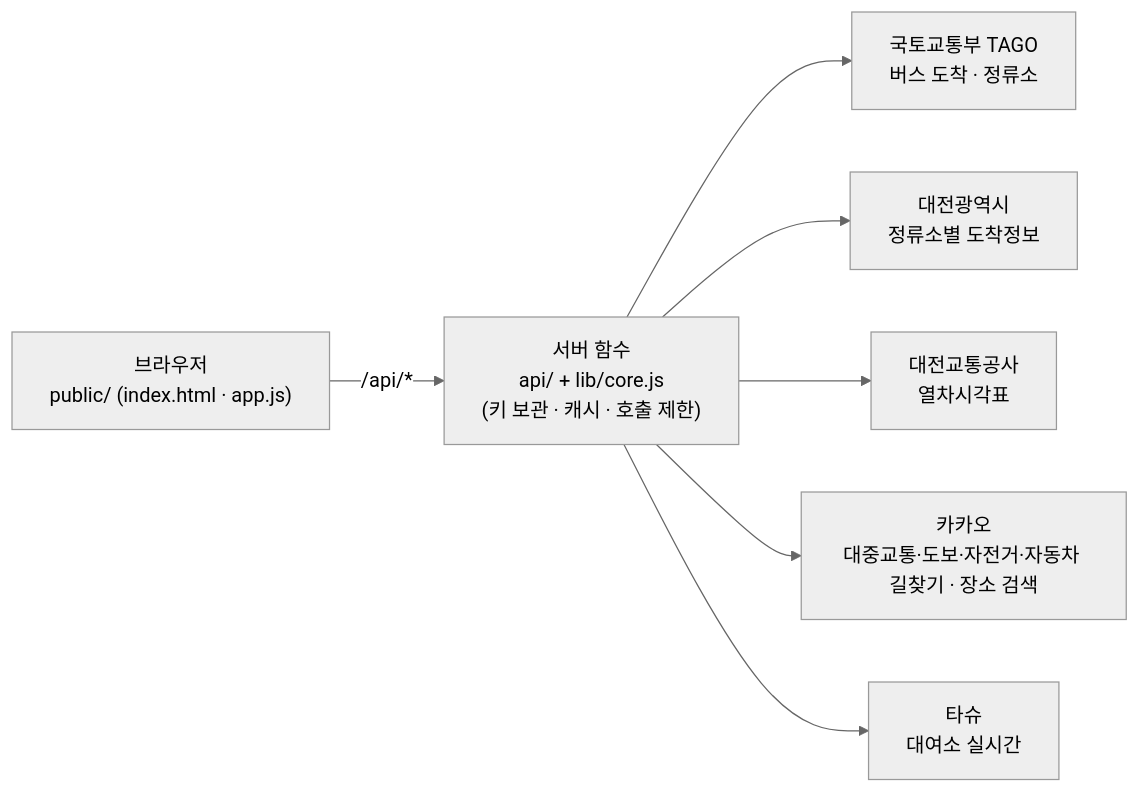
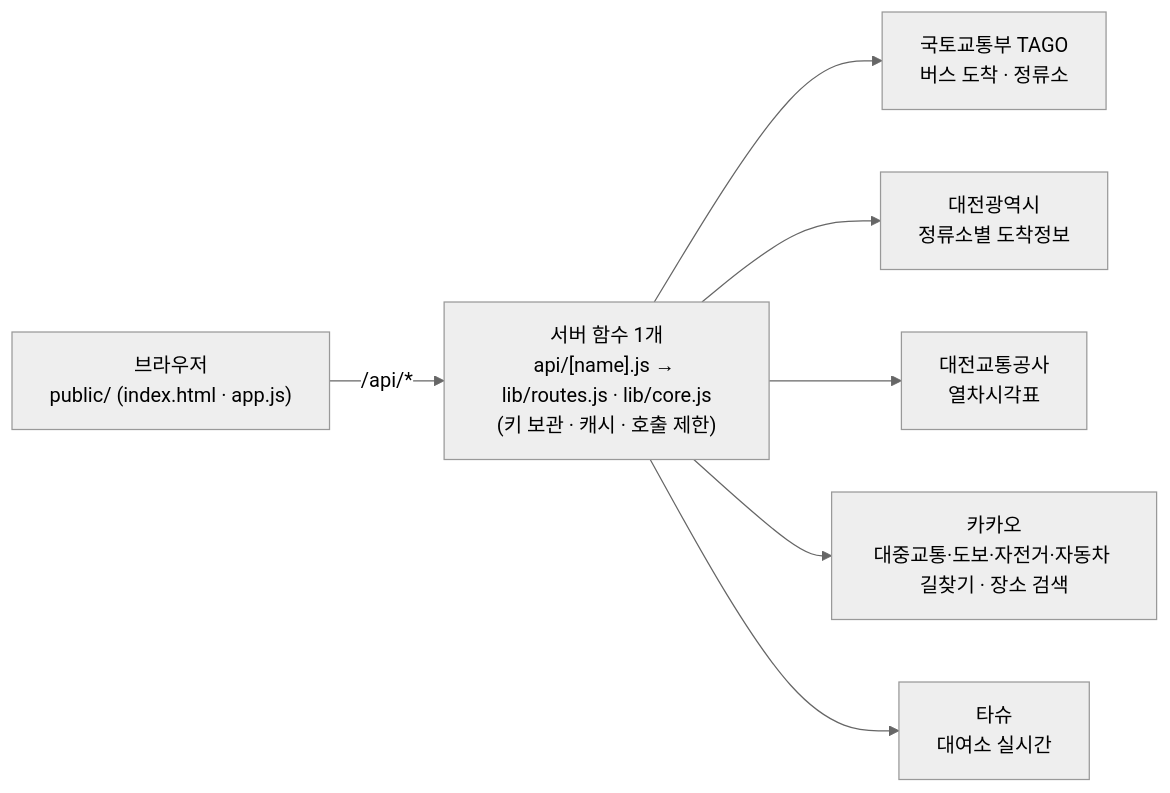
Before and after one commit to KangSeungWan/Mobility-LivingLab-Transfer: the diagram in README.md, drawn with Mermaid (neutral theme). The commit also changed other lines of this file and 20 other files, not shown here.

````diff
--- a/README.md
+++ b/README.md
@@ -45,9 +45,9 @@
 ```mermaid
 flowchart LR
-  U["브라우저<br/>public/ (index.html · app.js)"] -->|"/api/*"| S["서버 함수<br/>api/ + lib/core.js<br/>(키 보관 · 캐시 · 호출 제한)"]
+  U["브라우저<br/>public/ (index.html · app.js)"] -->|"/api/*"| S["서버 함수 1개<br/>api/[name].js → lib/routes.js · lib/core.js<br/>(키 보관 · 캐시 · 호출 제한)"]
   S --> T["국토교통부 TAGO<br/>버스 도착 · 정류소"]
   S --> D["대전광역시<br/>정류소별 도착정보"]
   S --> M["대전교통공사<br/>열차시각표"]
   S --> K["카카오<br/>대중교통·도보·자전거·자동차 길찾기 · 장소 검색"]
   S --> B["타슈<br/>대여소 실시간"]
 ```
````
